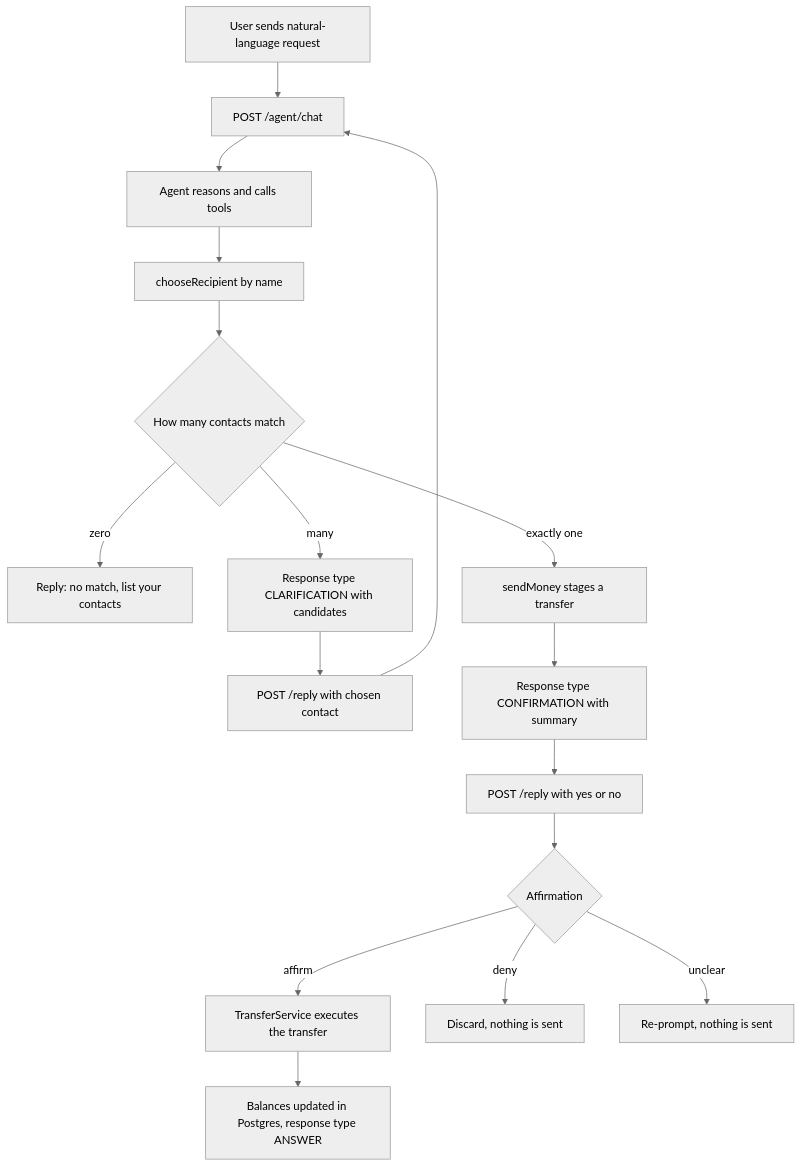
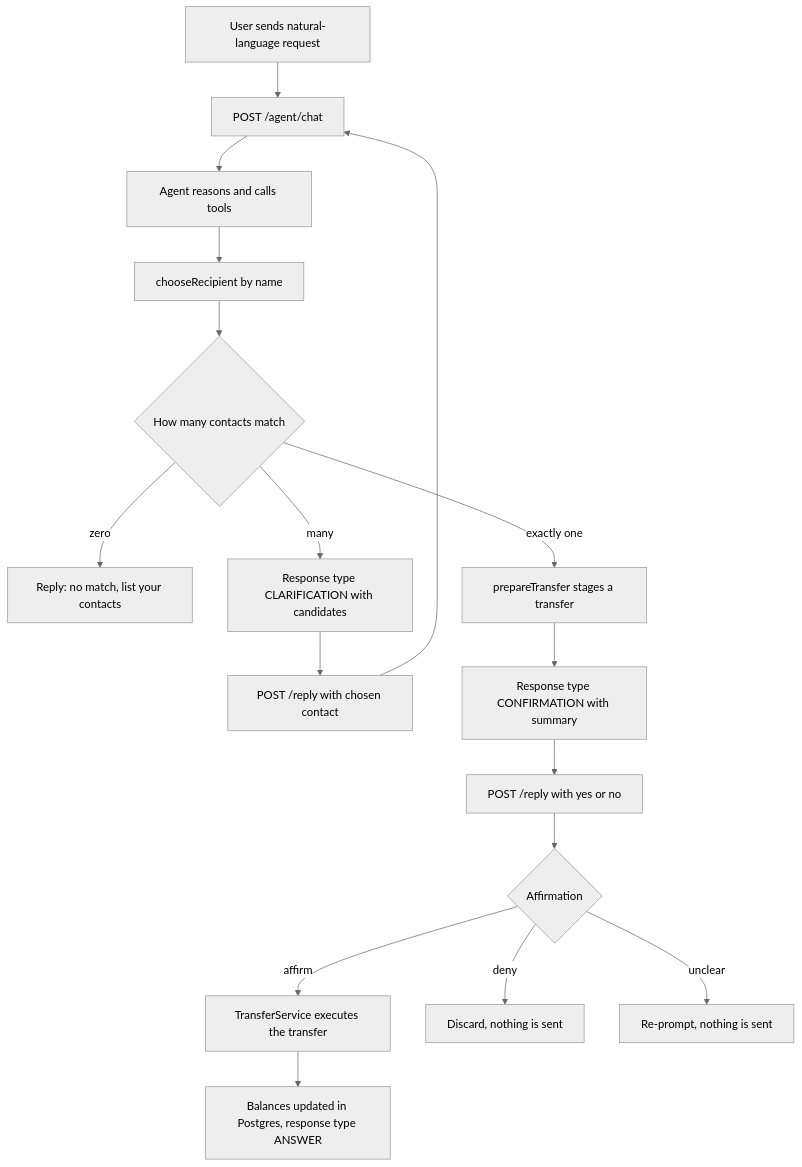
One commit to adityamparikh/koog-spring-boot changed the first of 3 diagrams in docs/agent-flow.md. Above: the diagram before and after it, drawn with Mermaid (neutral theme). The commit also changed other lines of this file and 9 other files, not shown here.

First line of the commit message:
refactor: rename sendMoney→prepareTransfer, collapse ChatResponse, add confirm-gate IT

````diff
--- a/docs/agent-flow.md
+++ b/docs/agent-flow.md
@@ -25,22 +25,22 @@
 ```mermaid
 flowchart TD
     U[User sends natural-language request] --> CHAT[POST /agent/chat]
     CHAT --> AGENT[Agent reasons and calls tools]
 
     AGENT --> LOOKUP[chooseRecipient by name]
     LOOKUP --> MATCH{How many contacts match}
     MATCH -->|zero| NOPE[Reply: no match, list your contacts]
     MATCH -->|many| CLARIFY[Response type CLARIFICATION with candidates]
-    MATCH -->|exactly one| STAGE[sendMoney stages a transfer]
+    MATCH -->|exactly one| STAGE[prepareTransfer stages a transfer]
 
     CLARIFY --> PICK[POST /reply with chosen contact]
     PICK --> CHAT
 
     STAGE --> CONFIRM[Response type CONFIRMATION with summary]
     CONFIRM --> ANSWER[POST /reply with yes or no]
     ANSWER --> AFF{Affirmation}
     AFF -->|affirm| EXEC[TransferService executes the transfer]
     AFF -->|deny| DROP[Discard, nothing is sent]
     AFF -->|unclear| REPROMPT[Re-prompt, nothing is sent]
     EXEC --> DONE[Balances updated in Postgres, response type ANSWER]
 ```
````
